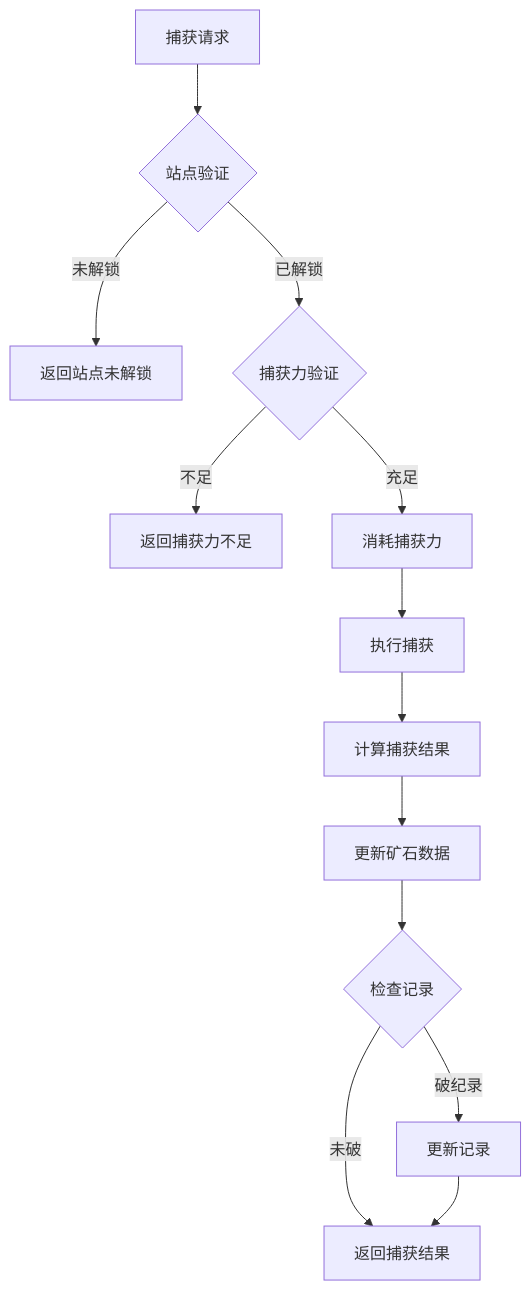
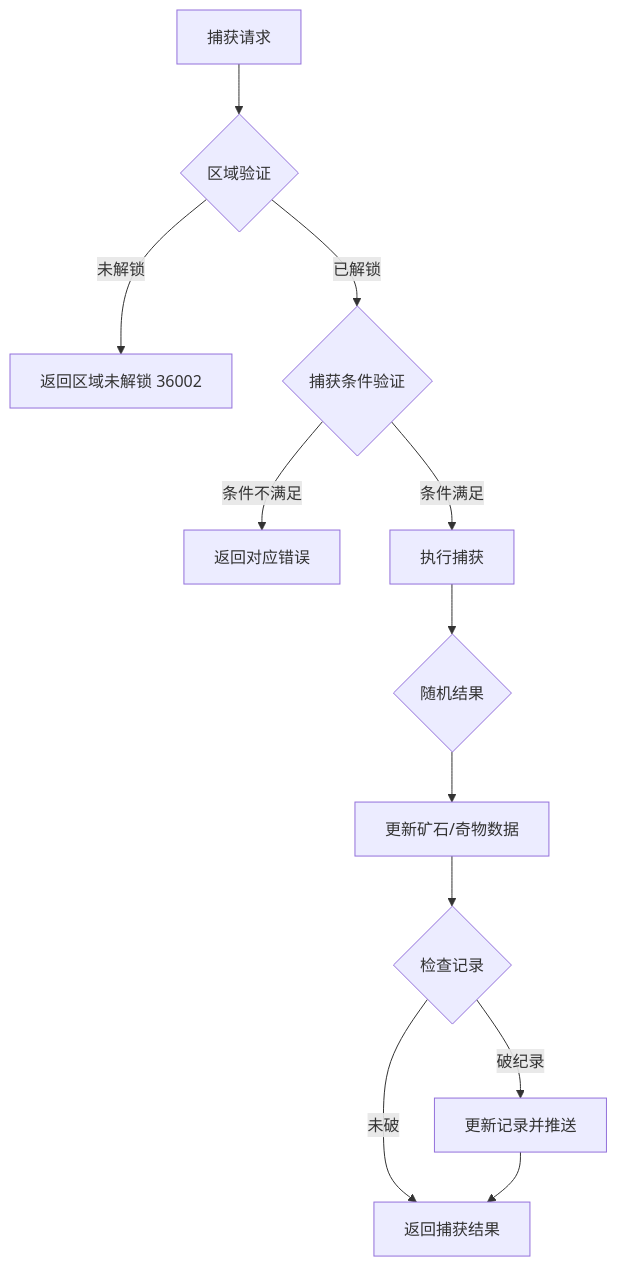
One commit to Alan-Ben/k2c_game_framework changed the sixth of 7 diagrams in docs/Module_TreasureHunt/06_实现细节.md. Above: the diagram before and after it, drawn with Mermaid. The commit also changed other lines of this file and 5 other files, not shown here.

````diff
--- a/docs/Module_TreasureHunt/06_实现细节.md
+++ b/docs/Module_TreasureHunt/06_实现细节.md
@@ -223,15 +262,14 @@
 ```mermaid
 flowchart TD
-    A[捕获请求] --> B{站点验证}
-    B -->|未解锁| C[返回站点未解锁]
-    B -->|已解锁| D{捕获力验证}
-    D -->|不足| E[返回捕获力不足]
-    D -->|充足| E1[消耗捕获力]
-    E1 --> F[执行捕获]
-    F --> G[计算捕获结果]
-    G --> H[更新矿石数据]
+    A[捕获请求] --> B{区域验证}
+    B -->|未解锁| C[返回区域未解锁 36002]
+    B -->|已解锁| D{捕获条件验证}
+    D -->|条件不满足| E[返回对应错误]
+    D -->|条件满足| F[执行捕获]
+    F --> G{随机结果}
+    G --> H[更新矿石/奇物数据]
     H --> I{检查记录}
-    I -->|破纪录| J[更新记录]
+    I -->|破纪录| J[更新记录并推送]
     I -->|未破| K[返回捕获结果]
     J --> K
 ```
````
